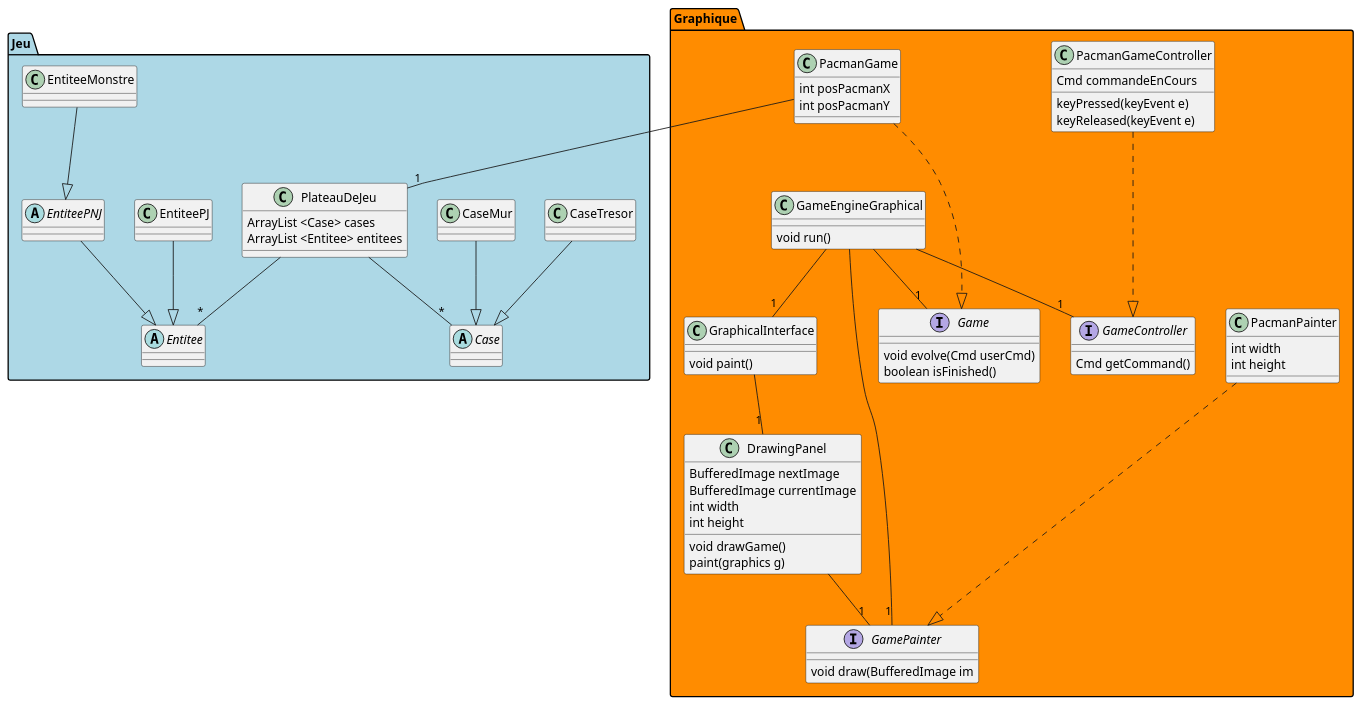
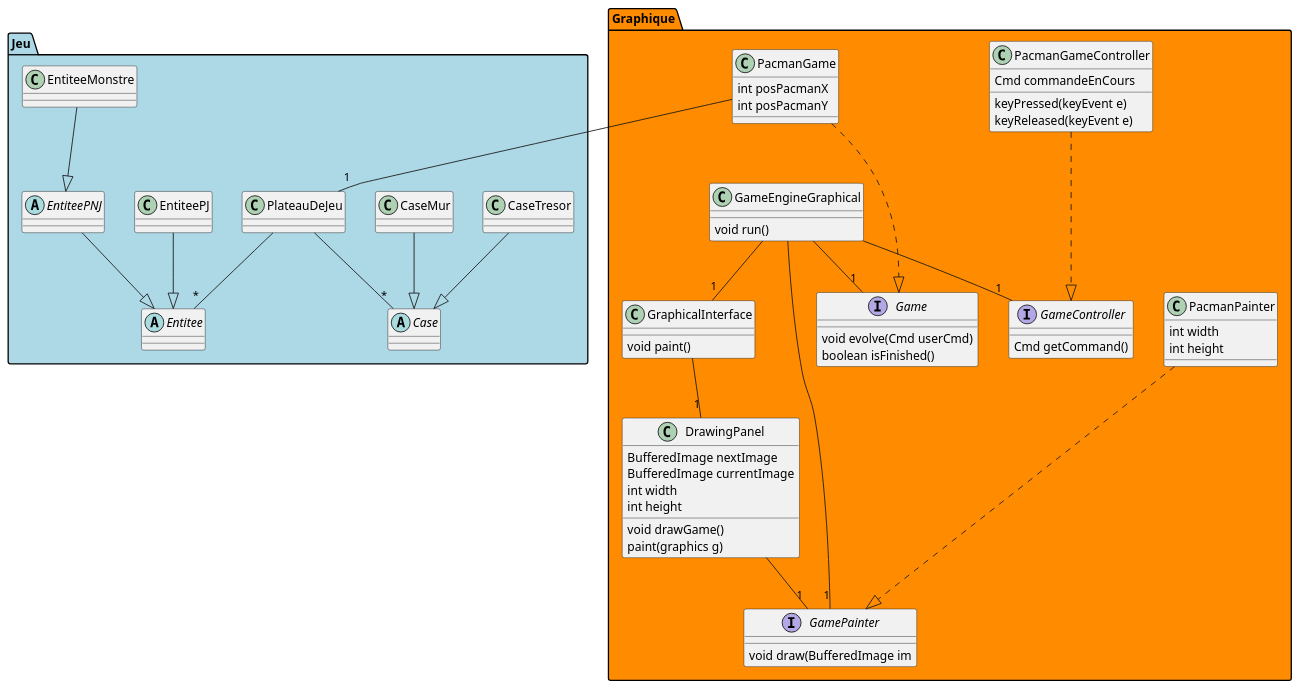
The diagram in uml/sprint0.puml (Zixun214/PacmanACL), drawn with PlantUML before and after one commit. The commit also changed 1 other file, not shown here.

```diff
--- a/uml/sprint0.puml
+++ b/uml/sprint0.puml
@@ -1,89 +1,87 @@
 @startuml
 
 package Jeu #LightBlue{
     abstract class Case
     class CaseTresor
     class CaseMur
     abstract class Entitee
     class EntiteePJ
     abstract class EntiteePNJ
     class EntiteeMonstre
     class PlateauDeJeu{
-        ArrayList <Case> cases
-        ArrayList <Entitee> entitees
     }
 
     CaseTresor --|> Case
     CaseMur --|> Case
     EntiteeMonstre --|> EntiteePNJ
     EntiteePNJ --|> Entitee
     EntiteePJ --|> Entitee
 
     PlateauDeJeu --"*" Case
     PlateauDeJeu --"*" Entitee
 }
 
 package Graphique #DarkOrange{
 
     interface Game{
         void evolve(Cmd userCmd)
         boolean isFinished()
     }
 
     class PacmanGame{
         int posPacmanX
         int posPacmanY
     }
 
     interface GameController{
         Cmd getCommand()
     }
 
     class PacmanGameController{
         Cmd commandeEnCours
         keyPressed(keyEvent e)
         keyReleased(keyEvent e)
     }
 
     interface GamePainter{
         void draw(BufferedImage im
     }
 
     class PacmanPainter{
         int width
         int height
     }
 
     class DrawingPanel{
         BufferedImage nextImage
         BufferedImage currentImage
         int width
         int height
         void drawGame()
         paint(graphics g)
     }
 
     class GraphicalInterface{
         void paint()
     }
 
     class GameEngineGraphical{
         void run()
     }
 
     PacmanGame -.-|> Game
     PacmanGameController -.-|> GameController
     PacmanPainter -.-|> GamePainter
 
     DrawingPanel --"1" GamePainter
     GraphicalInterface --"1" DrawingPanel
 
     GameEngineGraphical --"1" GraphicalInterface
     GameEngineGraphical --"1" Game
     GameEngineGraphical --"1" GameController
     GameEngineGraphical --"1" GamePainter
 }
 
 PacmanGame --"1" PlateauDeJeu
 
 @enduml
```
